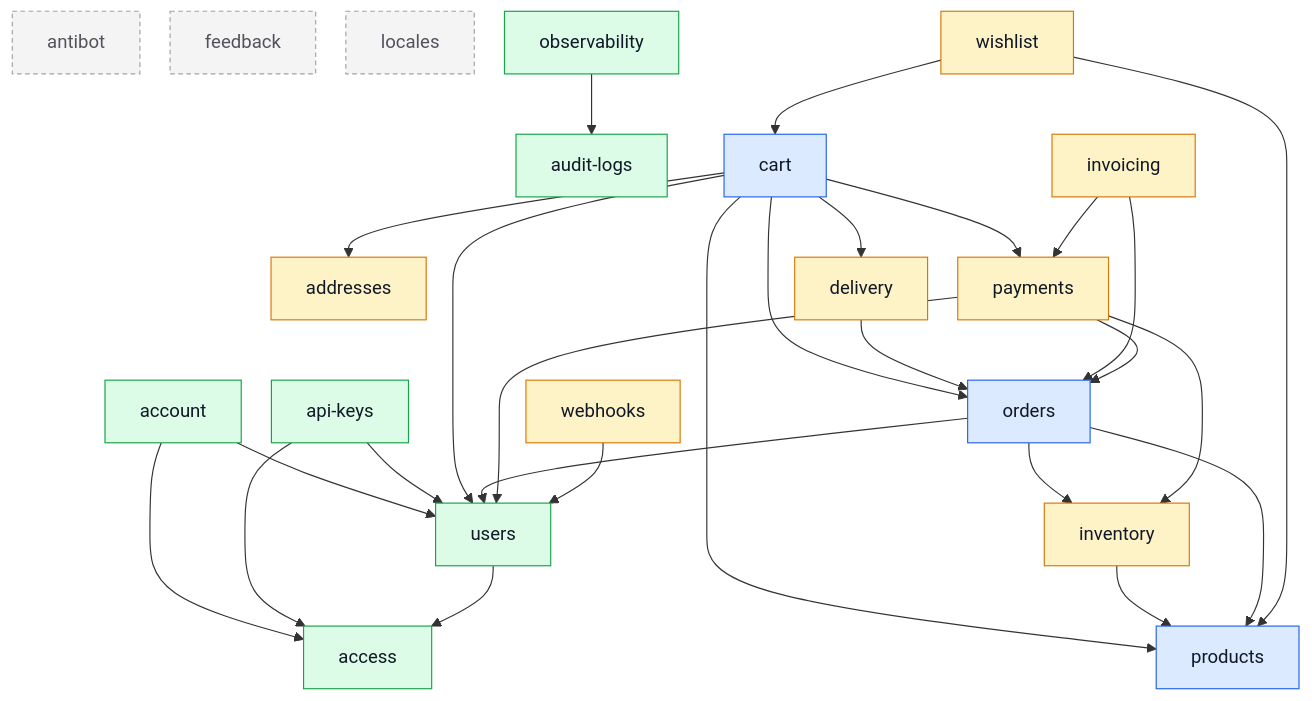
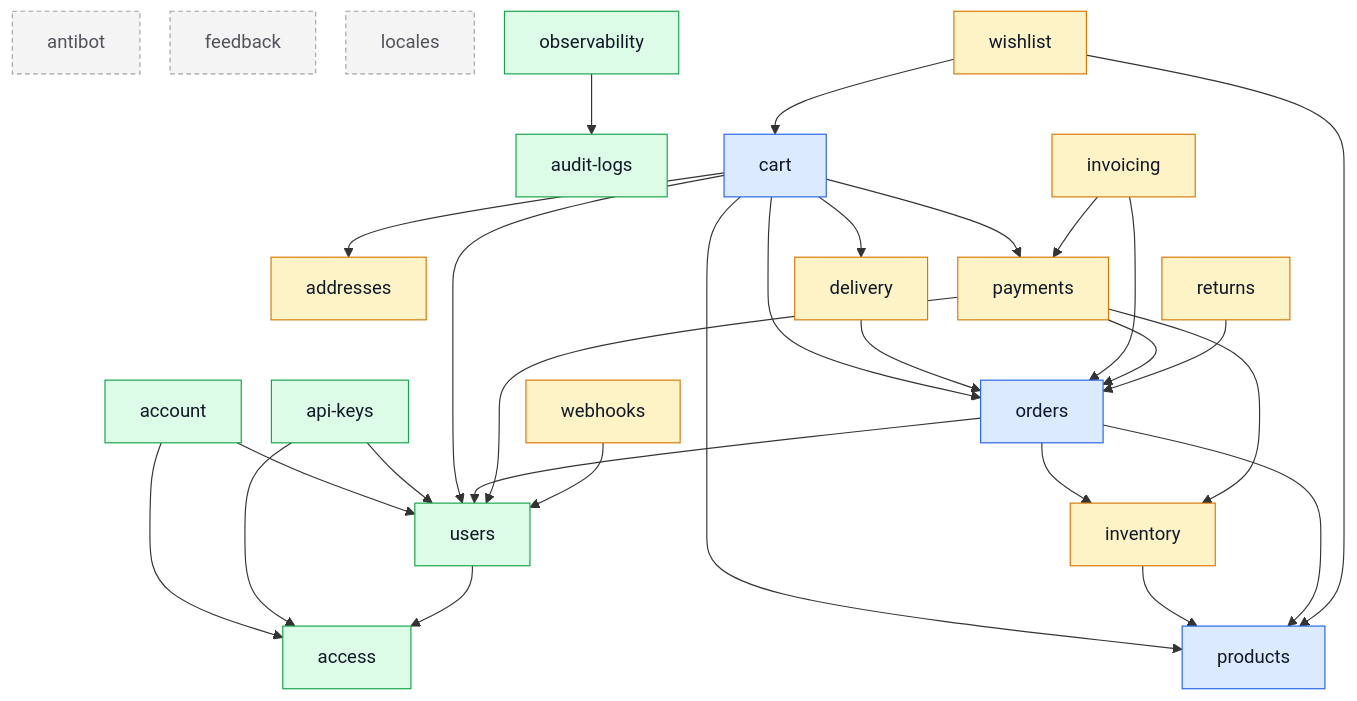
The diagram in docs/modules/index.md (Guebbit/boilerplate-node-backend), drawn with Mermaid before and after one commit. The commit also changed other lines of this file and 67 other files, not shown here.

````diff
--- a/docs/modules/index.md
+++ b/docs/modules/index.md
@@ -40,58 +40,60 @@
 ```mermaid
 %%{init: {'flowchart': {'nodeSpacing': 26, 'rankSpacing': 52}}}%%
 flowchart TD
     access
     account
     addresses
     antibot
     api_keys["api-keys"]
     audit_logs["audit-logs"]
     cart
     delivery
     feedback
     inventory
     invoicing
     locales
     observability
     orders
     payments
     products
+    returns
     users
     webhooks
     wishlist
 
     account --> access
     account --> users
     api_keys --> access
     api_keys --> users
     cart --> addresses
     cart --> delivery
     cart --> orders
     cart --> payments
     cart --> products
     cart --> users
     delivery --> orders
     inventory --> products
     invoicing --> orders
     invoicing --> payments
     observability --> audit_logs
     orders --> inventory
     orders --> products
     orders --> users
     payments --> inventory
     payments --> orders
     payments --> users
+    returns --> orders
     users --> access
     webhooks --> users
     wishlist --> cart
     wishlist --> products
 
     classDef core fill:#dbeafe,stroke:#2563eb,color:#111827;
     classDef supporting fill:#fef3c7,stroke:#d97706,color:#111827;
     classDef generic fill:#dcfce7,stroke:#16a34a,color:#111827;
     classDef isolated fill:#f4f4f5,stroke:#a1a1aa,color:#52525b,stroke-dasharray:4 3;
     class cart,orders,products core;
-    class addresses,delivery,inventory,invoicing,payments,webhooks,wishlist supporting;
+    class addresses,delivery,inventory,invoicing,payments,returns,webhooks,wishlist supporting;
     class access,account,api_keys,audit_logs,observability,users generic;
     class antibot,feedback,locales isolated;
 ```
````
